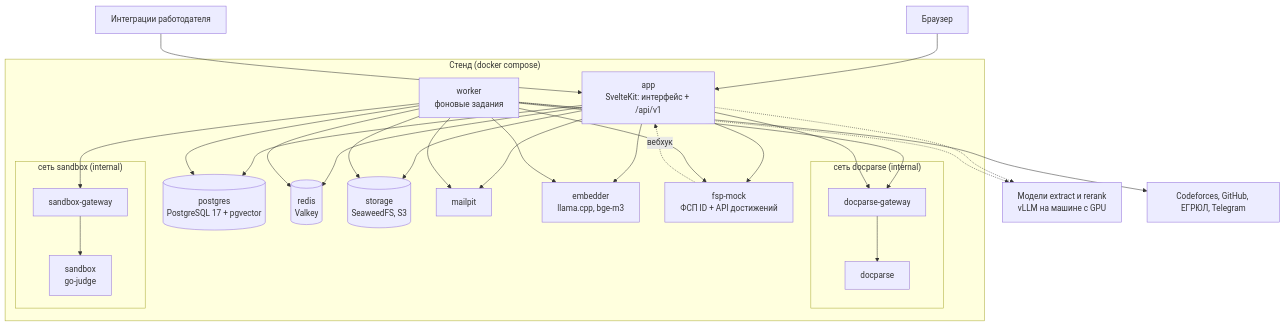
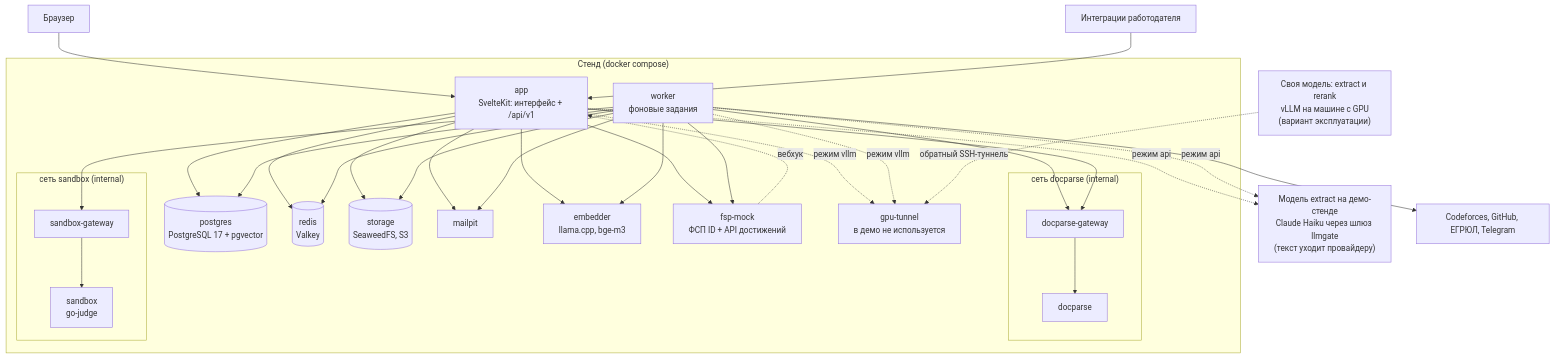
One commit to volkv/fsp-2026 changed the diagram in docs/submission/03-component-scheme.md. Above: the diagram before and after it, drawn with Mermaid. The commit also changed other lines of this file and 4 other files, not shown here.

Commit message:
Документы о моделях по факту стенда: текст уходит во внешнюю модель, реранкер не подключён, качество разбора резюме мерено на прежней модели, открытое хранение текста резюме названо

````diff
--- a/docs/submission/03-component-scheme.md
+++ b/docs/submission/03-component-scheme.md
@@ -95,46 +109,51 @@
 ```mermaid
 flowchart TB
   User["Браузер"]
   ATS["Интеграции работодателя"]
   subgraph Stand["Стенд (docker compose)"]
     App["app<br/>SvelteKit: интерфейс + /api/v1"]
     Worker["worker<br/>фоновые задания"]
     PG[("postgres<br/>PostgreSQL 17 + pgvector")]
     KV[("redis<br/>Valkey")]
     S3[("storage<br/>SeaweedFS, S3")]
     Mail["mailpit"]
     Emb["embedder<br/>llama.cpp, bge-m3"]
     FSPMock["fsp-mock<br/>ФСП ID + API достижений"]
+    Tun["gpu-tunnel<br/>в демо не используется"]
     subgraph DocNet["сеть docparse (internal)"]
       DGw["docparse-gateway"]
       Doc["docparse"]
     end
     subgraph SbxNet["сеть sandbox (internal)"]
       SGw["sandbox-gateway"]
       Sbx["sandbox<br/>go-judge"]
     end
   end
-  GPU["Модели extract и rerank<br/>vLLM на машине с GPU"]
+  LLM["Модель extract на демо-стенде<br/>Claude Haiku через шлюз llmgate<br/>(текст уходит провайдеру)"]
+  GPU["Своя модель: extract и rerank<br/>vLLM на машине с GPU<br/>(вариант эксплуатации)"]
   Ext["Codeforces, GitHub, ЕГРЮЛ, Telegram"]
   User --> App
   ATS --> App
   App --> PG
   Worker --> PG
   App --> KV
   Worker --> KV
   App --> S3
   Worker --> S3
   Worker --> DGw --> Doc
   Worker --> SGw --> Sbx
   App --> DGw
   App --> FSPMock
   Worker --> FSPMock
   FSPMock -. "вебхук" .-> App
   App --> Emb
   Worker --> Emb
-  App -.-> GPU
-  Worker -.-> GPU
+  App -. "режим api" .-> LLM
+  Worker -. "режим api" .-> LLM
+  App -. "режим vllm" .-> Tun
+  Worker -. "режим vllm" .-> Tun
+  GPU -. "обратный SSH-туннель" .-> Tun
   App --> Mail
   Worker --> Mail
   Worker --> Ext
 ```
````
